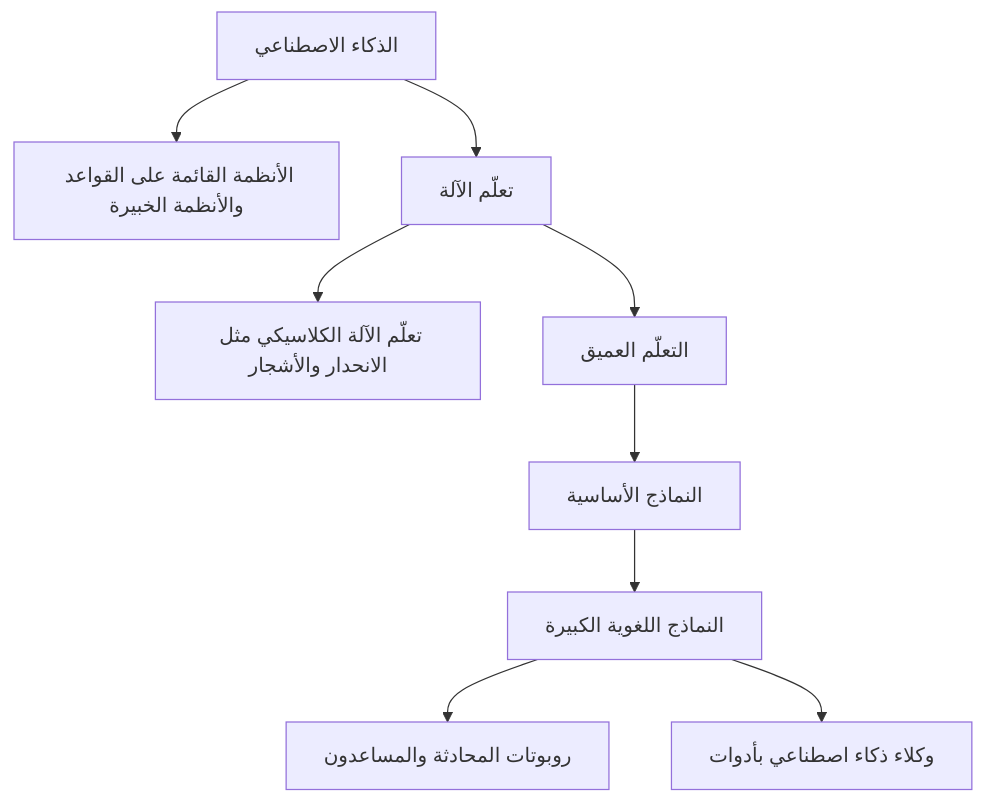
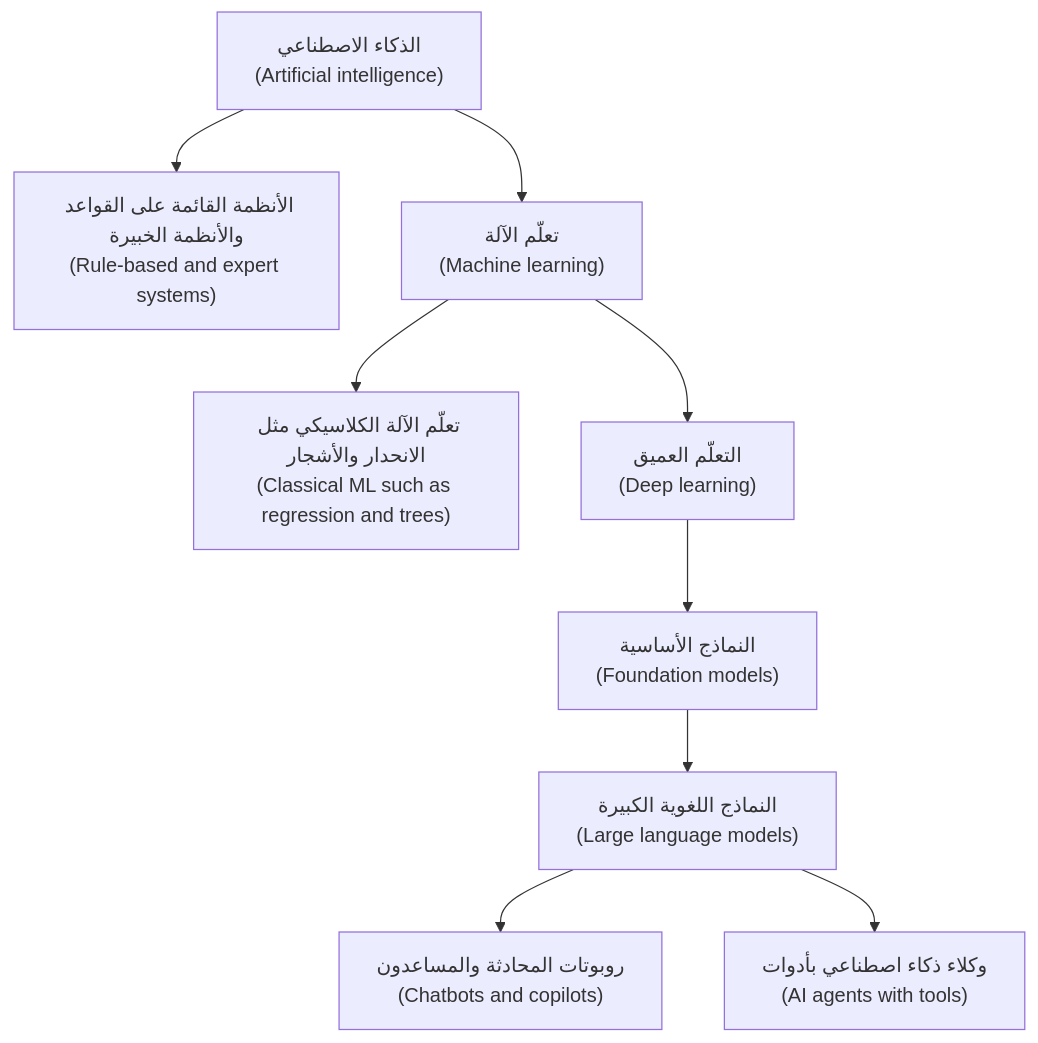
Before and after one commit to Tamoura/system-design-for-vibe-coders: the first of 2 diagrams in aigp/modules/01-foundations.ar.md, drawn with Mermaid. The commit also changed other lines of this file and 62 other files, not shown here.

First line of the commit message:
Arabic editions: English on every diagram label, RTL fixes, rebuild

````diff
--- a/aigp/modules/01-foundations.ar.md
+++ b/aigp/modules/01-foundations.ar.md
@@ -59,11 +59,11 @@
 ```mermaid
 flowchart TD
-    A[الذكاء الاصطناعي] --> B[الأنظمة القائمة على القواعد والأنظمة الخبيرة]
-    A --> C[تعلّم الآلة]
-    C --> D[تعلّم الآلة الكلاسيكي مثل الانحدار والأشجار]
-    C --> E[التعلّم العميق]
-    E --> F[النماذج الأساسية]
-    F --> G[النماذج اللغوية الكبيرة]
-    G --> H[روبوتات المحادثة والمساعدون]
-    G --> I[وكلاء ذكاء اصطناعي بأدوات]
+    A["الذكاء الاصطناعي<br/>(Artificial intelligence)"] --> B["الأنظمة القائمة على القواعد والأنظمة الخبيرة<br/>(Rule-based and expert systems)"]
+    A --> C["تعلّم الآلة<br/>(Machine learning)"]
+    C --> D["تعلّم الآلة الكلاسيكي مثل الانحدار والأشجار<br/>(Classical ML such as regression and trees)"]
+    C --> E["التعلّم العميق<br/>(Deep learning)"]
+    E --> F["النماذج الأساسية<br/>(Foundation models)"]
+    F --> G["النماذج اللغوية الكبيرة<br/>(Large language models)"]
+    G --> H["روبوتات المحادثة والمساعدون<br/>(Chatbots and copilots)"]
+    G --> I["وكلاء ذكاء اصطناعي بأدوات<br/>(AI agents with tools)"]
 ```
````
